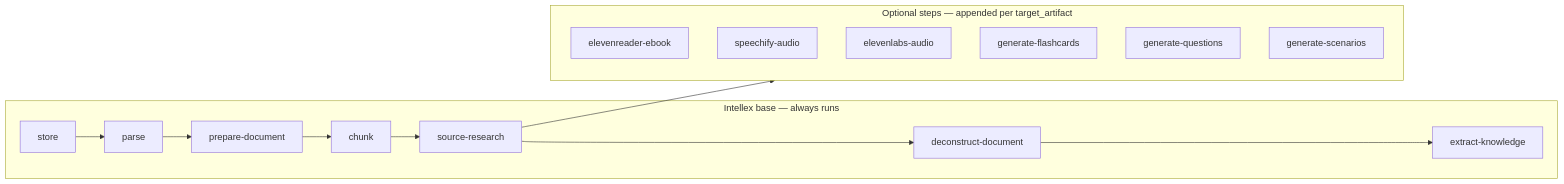
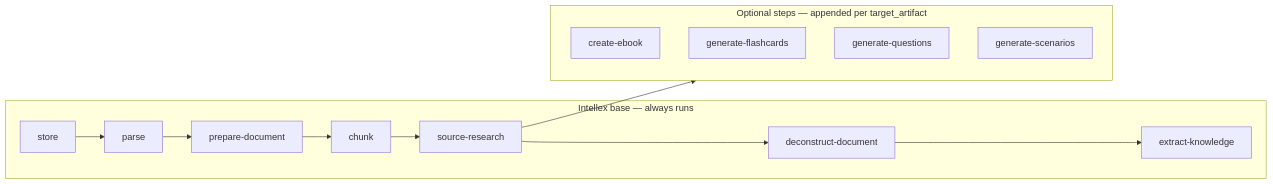
Before and after one commit to lucas-spitzer/BriefWorks: the fourth of 6 diagrams in README.md, drawn with Mermaid. The commit also changed other lines of this file and 167 other files, not shown here.

````diff
--- a/README.md
+++ b/README.md
@@ -130,18 +130,16 @@
 ```mermaid
 flowchart LR
     subgraph base["Intellex base — always runs"]
         S1[store] --> S2[parse] --> S3[prepare-document] --> S4[chunk] --> S5[source-research] --> S6[deconstruct-document] --> S7[extract-knowledge]
     end
 
     subgraph optional["Optional steps — appended per target_artifact"]
         direction TB
-        M1[elevenreader-ebook]
-        M3[speechify-audio]
-        M4[elevenlabs-audio]
+        M1[create-ebook]
         Q1[generate-flashcards]
         Q2[generate-questions]
         Q3[generate-scenarios]
     end
 
     S5 --> optional
 ```
````
